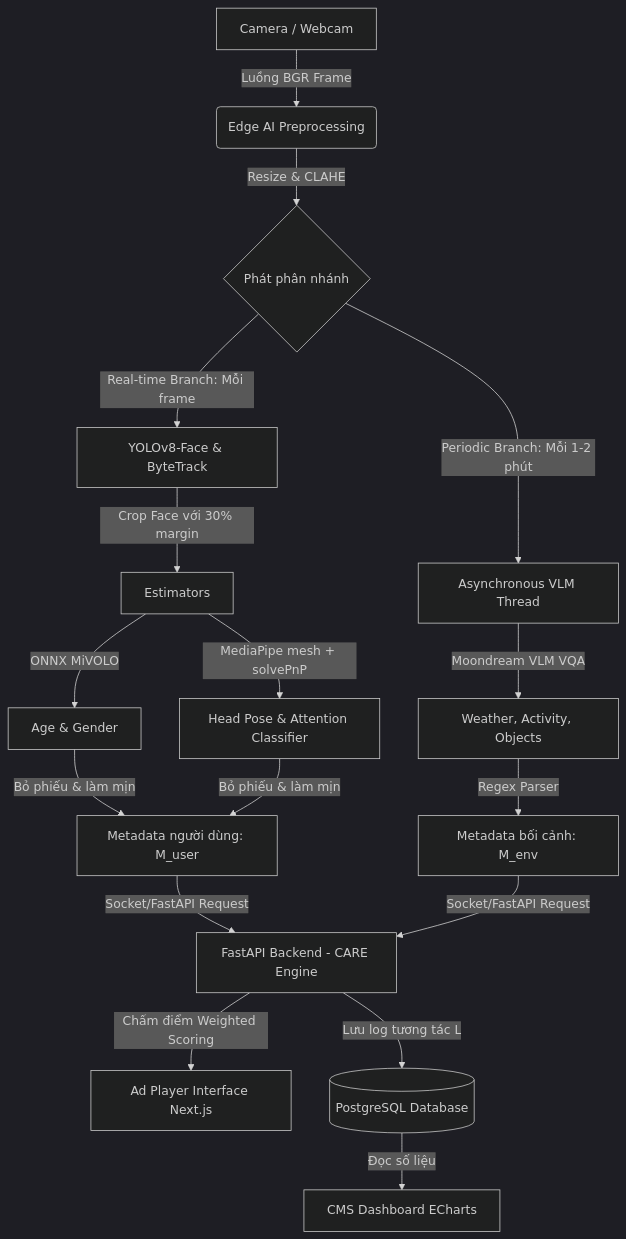
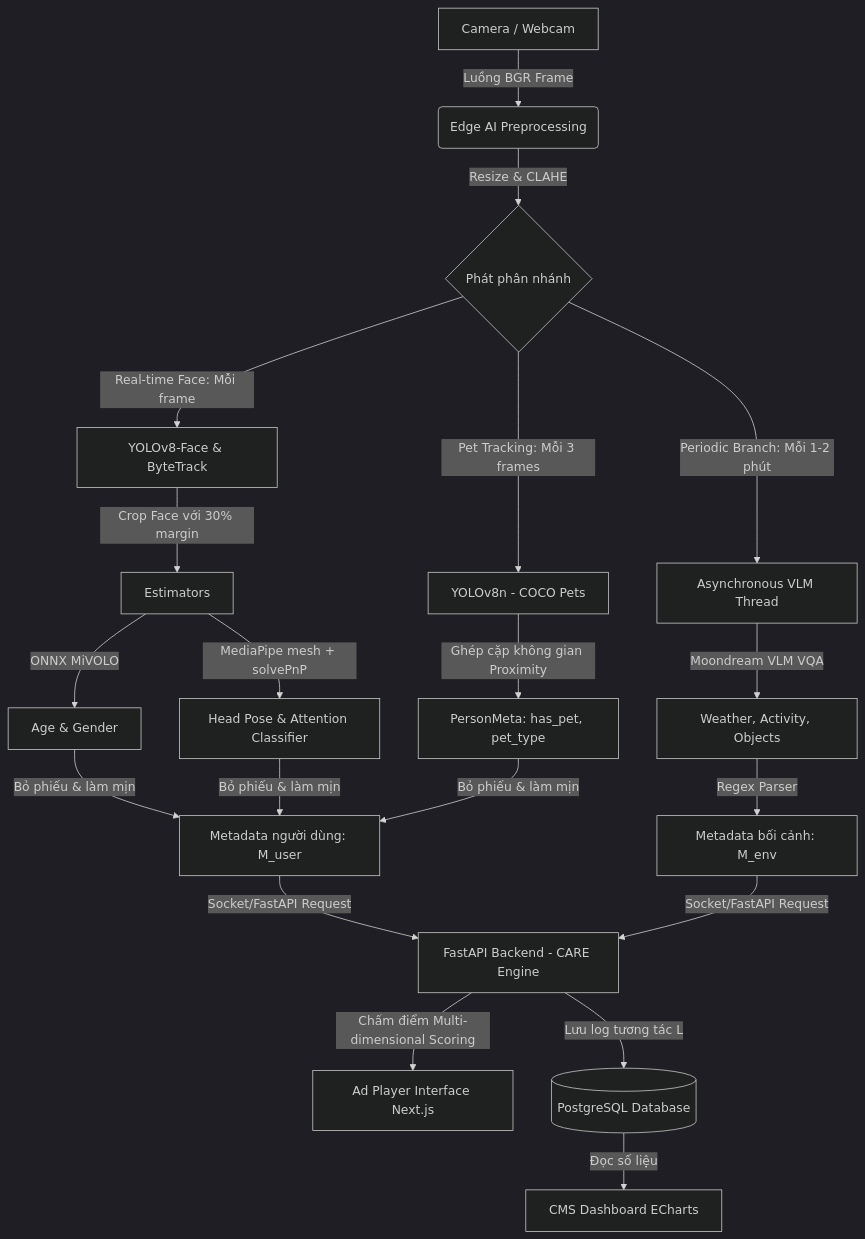
The diagram in README.md (DANGTHAIBINH22/Tracking_AI), drawn with Mermaid (dark theme) before and after one commit. The commit also changed other lines of this file and 40 other files, not shown here.

````diff
--- a/README.md
+++ b/README.md
@@ -13,20 +13,24 @@
 ```mermaid
 graph TD
     A[Camera / Webcam] -->|Luồng BGR Frame| B(Edge AI Preprocessing)
     B -->|Resize & CLAHE| C{Phát phân nhánh}
   
-    C -->|Real-time Branch: Mỗi frame| D[YOLOv8-Face & ByteTrack]
+    C -->|Real-time Face: Mỗi frame| D[YOLOv8-Face & ByteTrack]
     D -->|Crop Face với 30% margin| E[Estimators]
     E -->|ONNX MiVOLO| F[Age & Gender]
     E -->|MediaPipe mesh + solvePnP| G[Head Pose & Attention Classifier]
-    F & G -->|Bỏ phiếu & làm mịn| H[Metadata người dùng: M_user]
+    
+    C -->|Pet Tracking: Mỗi 3 frames| H_pet[YOLOv8n - COCO Pets]
+    H_pet -->|Ghép cặp không gian Proximity| I_pet[PersonMeta: has_pet, pet_type]
+    
+    F & G & I_pet -->|Bỏ phiếu & làm mịn| H[Metadata người dùng: M_user]
   
     C -->|Periodic Branch: Mỗi 1-2 phút| I[Asynchronous VLM Thread]
     I -->|Moondream VLM VQA| K[Weather, Activity, Objects]
     K -->|Regex Parser| L[Metadata bối cảnh: M_env]
   
     H & L -->|Socket/FastAPI Request| M[FastAPI Backend - CARE Engine]
-    M -->|Chấm điểm Weighted Scoring| N[Ad Player Interface Next.js]
+    M -->|Chấm điểm Multi-dimensional Scoring| N[Ad Player Interface Next.js]
     M -->|Lưu log tương tác L| O[(PostgreSQL Database)]
     O -->|Đọc số liệu| P[CMS Dashboard ECharts]
 ```
````
